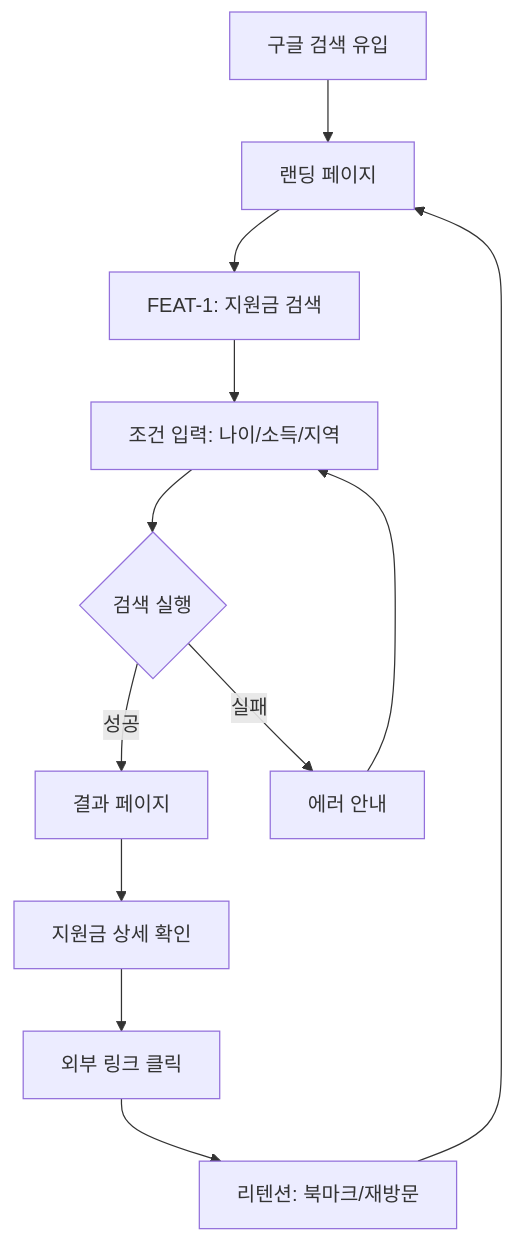
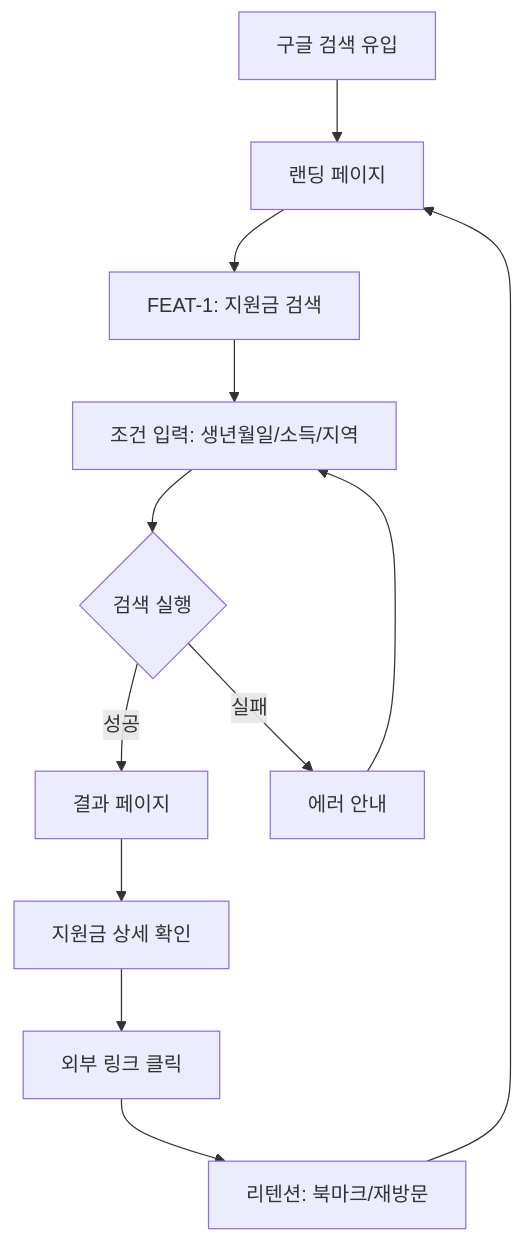
Before and after one commit to sseok-lee/alimi: the first of 6 diagrams in docs/planning/03-user-flow.md, drawn with Mermaid. The commit also changed other lines of this file and 2 other files, not shown here.

First line of the commit message:
docs: 생년월일 입력 방식 변경 반영 및 태스크 업데이트

````diff
--- a/docs/planning/03-user-flow.md
+++ b/docs/planning/03-user-flow.md
@@ -27,14 +27,14 @@
 ```mermaid
 graph TD
     A[구글 검색 유입] --> B[랜딩 페이지]
     B --> C[FEAT-1: 지원금 검색]
-    C --> D[조건 입력: 나이/소득/지역]
+    C --> D[조건 입력: 생년월일/소득/지역]
     D --> E{검색 실행}
     E -->|성공| F[결과 페이지]
     E -->|실패| G[에러 안내]
     G --> D
     F --> H[지원금 상세 확인]
     H --> I[외부 링크 클릭]
     I --> J[리텐션: 북마크/재방문]
     J --> B
 ```
````
